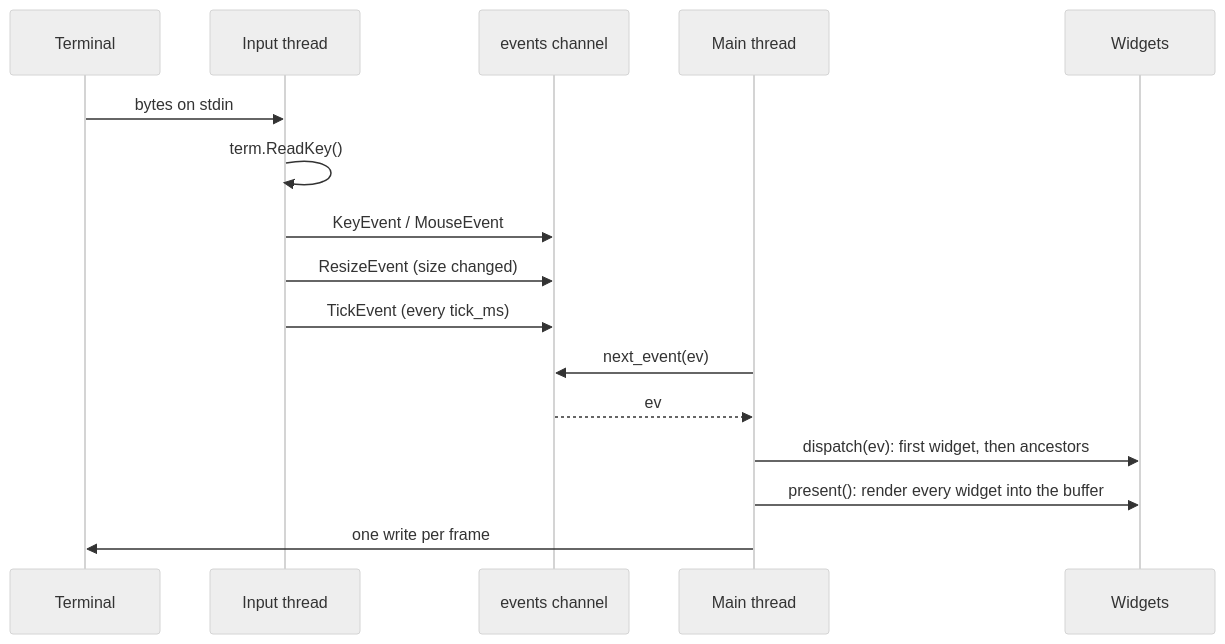
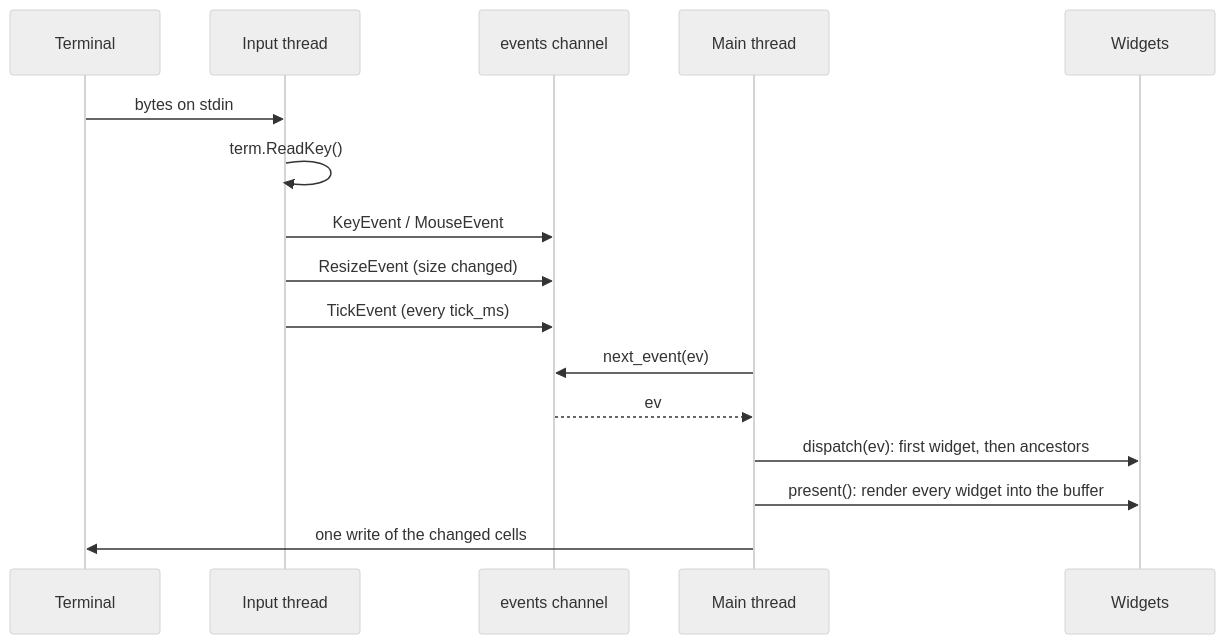
The diagram in concepts/event-loop.mdx (curedbylethe/basalam), drawn with Mermaid (neutral theme) before and after one commit. The commit also changed other lines of this file and 4 other files, not shown here.

````diff
--- a/concepts/event-loop.mdx
+++ b/concepts/event-loop.mdx
@@ -11,18 +11,18 @@
 ```mermaid
 sequenceDiagram
     participant T as Terminal
     participant I as Input thread
     participant C as events channel
     participant M as Main thread
     participant W as Widgets
     T->>I: bytes on stdin
     I->>I: term.ReadKey()
     I->>C: KeyEvent / MouseEvent
     I->>C: ResizeEvent (size changed)
     I->>C: TickEvent (every tick_ms)
     M->>C: next_event(ev)
     C-->>M: ev
     M->>W: dispatch(ev): first widget, then ancestors
     M->>W: present(): render every widget into the buffer
-    M->>T: one write per frame
+    M->>T: one write of the changed cells
 ```
````
